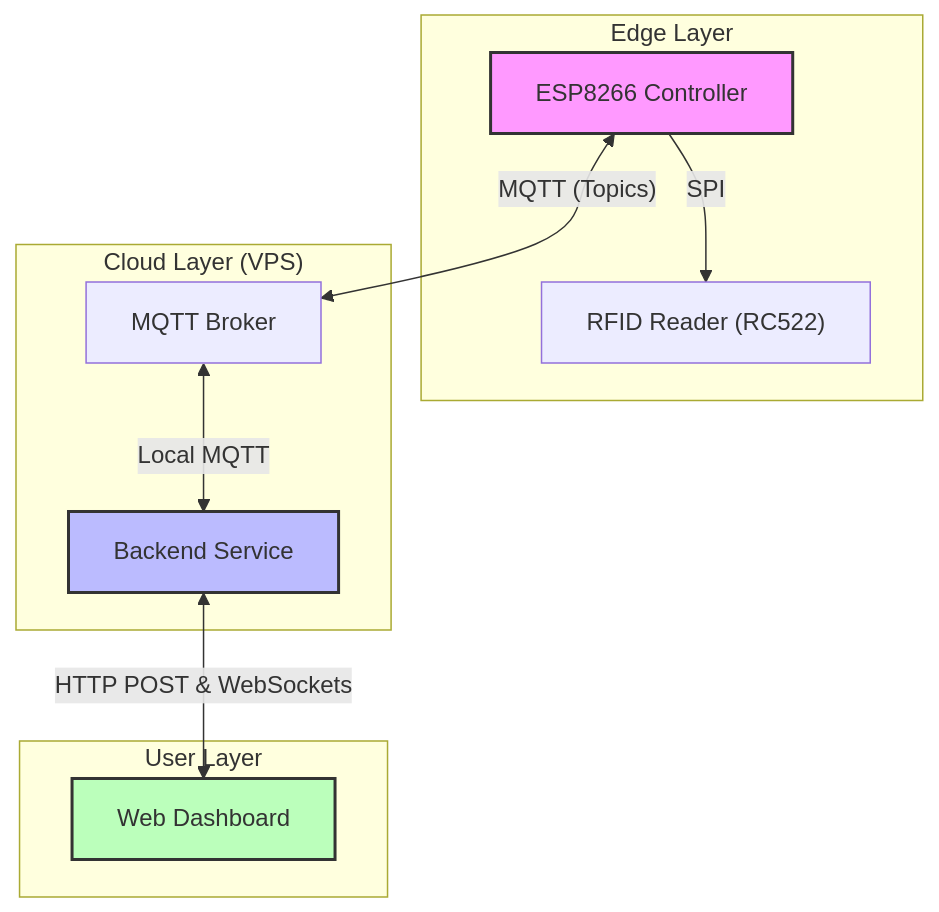
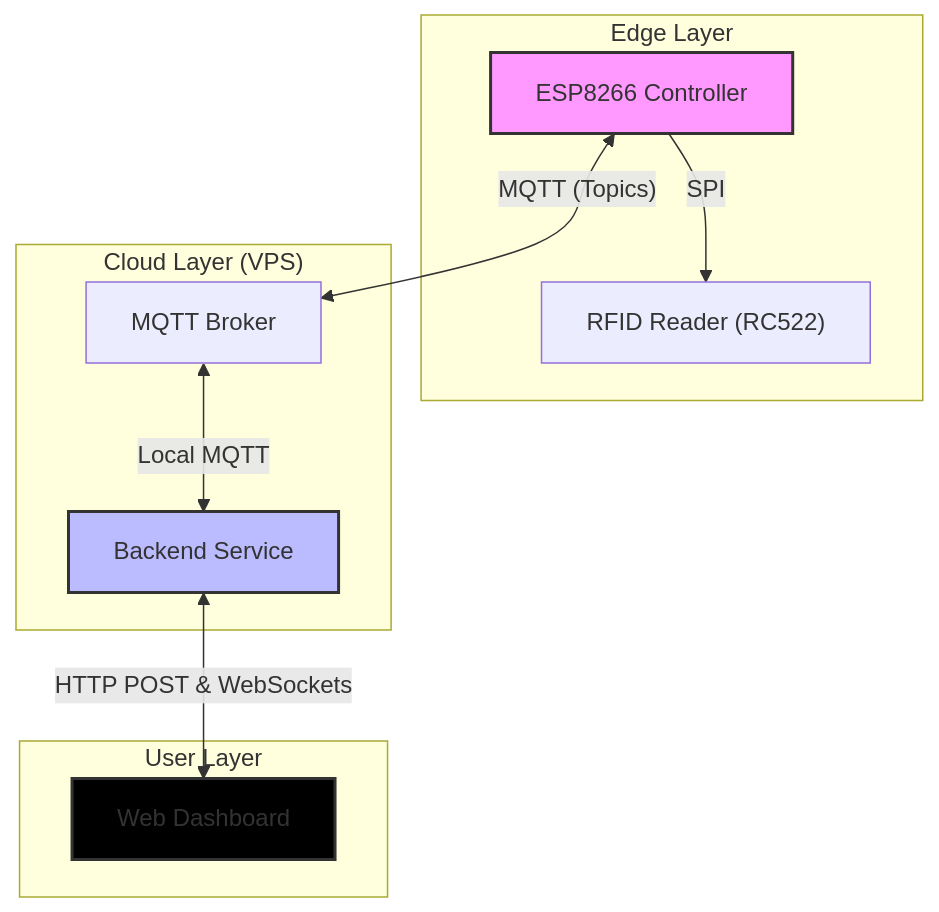
One commit to Isaac-1-lang/EdgeWallet changed the first of 2 diagrams in README.md. Above: the diagram before and after it, drawn with Mermaid.

Commit message:
Change Dash style color in README

````diff
--- a/README.md
+++ b/README.md
@@ -20,27 +20,27 @@
 ```mermaid
 graph TD
     subgraph "Edge Layer"
         ESP[ESP8266 Controller]
         RFID["RFID Reader (RC522)"]
         ESP -- SPI --> RFID
     end
 
     subgraph "Cloud Layer (VPS)"
         Wrapper[Backend Service]
         Broker[MQTT Broker]
     end
 
     subgraph "User Layer"
         Dash[Web Dashboard]
     end
 
     %% Communication Flows
     ESP <-- "MQTT (Topics)" --> Broker
     Broker <-- "Local MQTT" --> Wrapper
     Wrapper <-- "HTTP POST & WebSockets" --> Dash
 
     %% Styling
     style ESP fill:#f9f,stroke:#333,stroke-width:2px
     style Wrapper fill:#bbf,stroke:#333,stroke-width:2px
-    style Dash fill:#bfb,stroke:#333,stroke-width:2px
+    style Dash fill:#000,stroke:#333,stroke-width:2px
 ```
````
